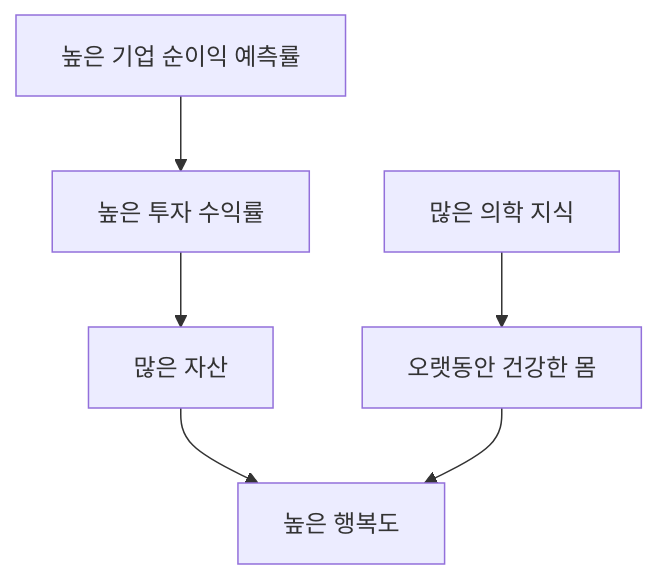
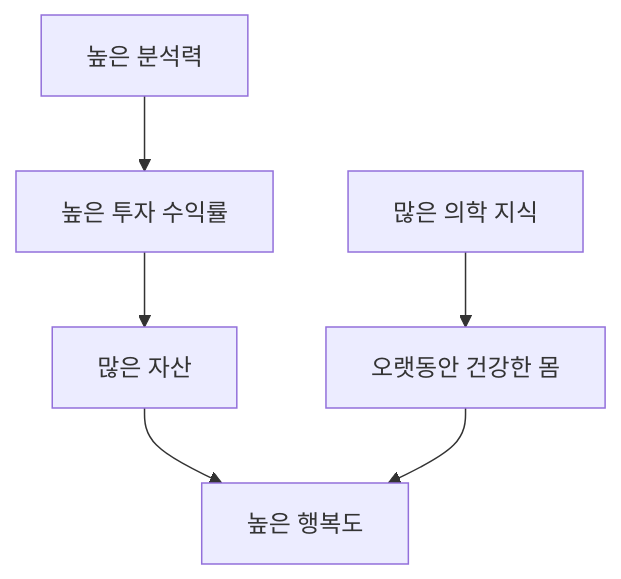
The diagram in 인생목표.md (hyunjunian/hyunjunian), drawn with Mermaid before and after one commit.

````diff
--- a/인생목표.md
+++ b/인생목표.md
@@ -3,8 +3,8 @@
 ```mermaid
 graph TD;
     2[많은 자산] --> 1[높은 행복도];
     3[오랫동안 건강한 몸] --> 1;
     4[높은 투자 수익률] --> 2;
     5[많은 의학 지식] --> 3;
-    6[높은 기업 순이익 예측률] --> 4;
+    6[높은 분석력] --> 4;
 ```
````
